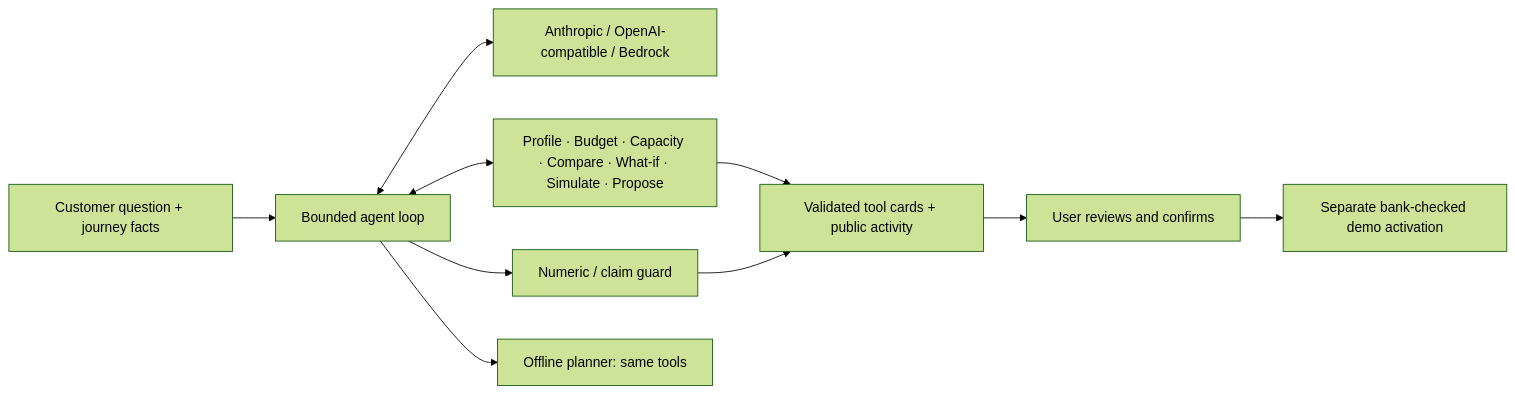
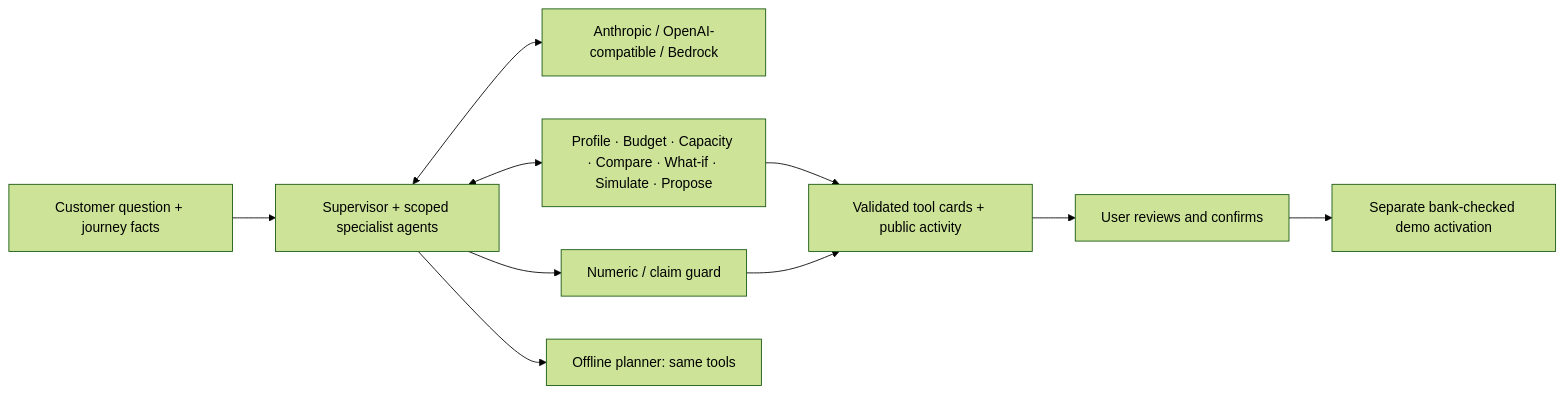
Before and after one commit to xnabber/NEXXT-AI-Hackathon: the diagram in README.md, drawn with Mermaid (forest theme). The commit also changed other lines of this file and 15 other files, not shown here.

````diff
--- a/README.md
+++ b/README.md
@@ -7,12 +7,12 @@
 ```mermaid
 flowchart LR
-  Q[Customer question + journey facts] --> A[Bounded agent loop]
+  Q[Customer question + journey facts] --> A[Supervisor + scoped specialist agents]
   A <--> M[Anthropic / OpenAI-compatible / Bedrock]
   A <--> T[Profile · Budget · Capacity · Compare · What-if · Simulate · Propose]
   T --> C[Validated tool cards + public activity]
   A --> G[Numeric / claim guard]
   G --> C
   A --> F[Offline planner: same tools]
   C --> U[User reviews and confirms]
   U --> B[Separate bank-checked demo activation]
 ```
````
